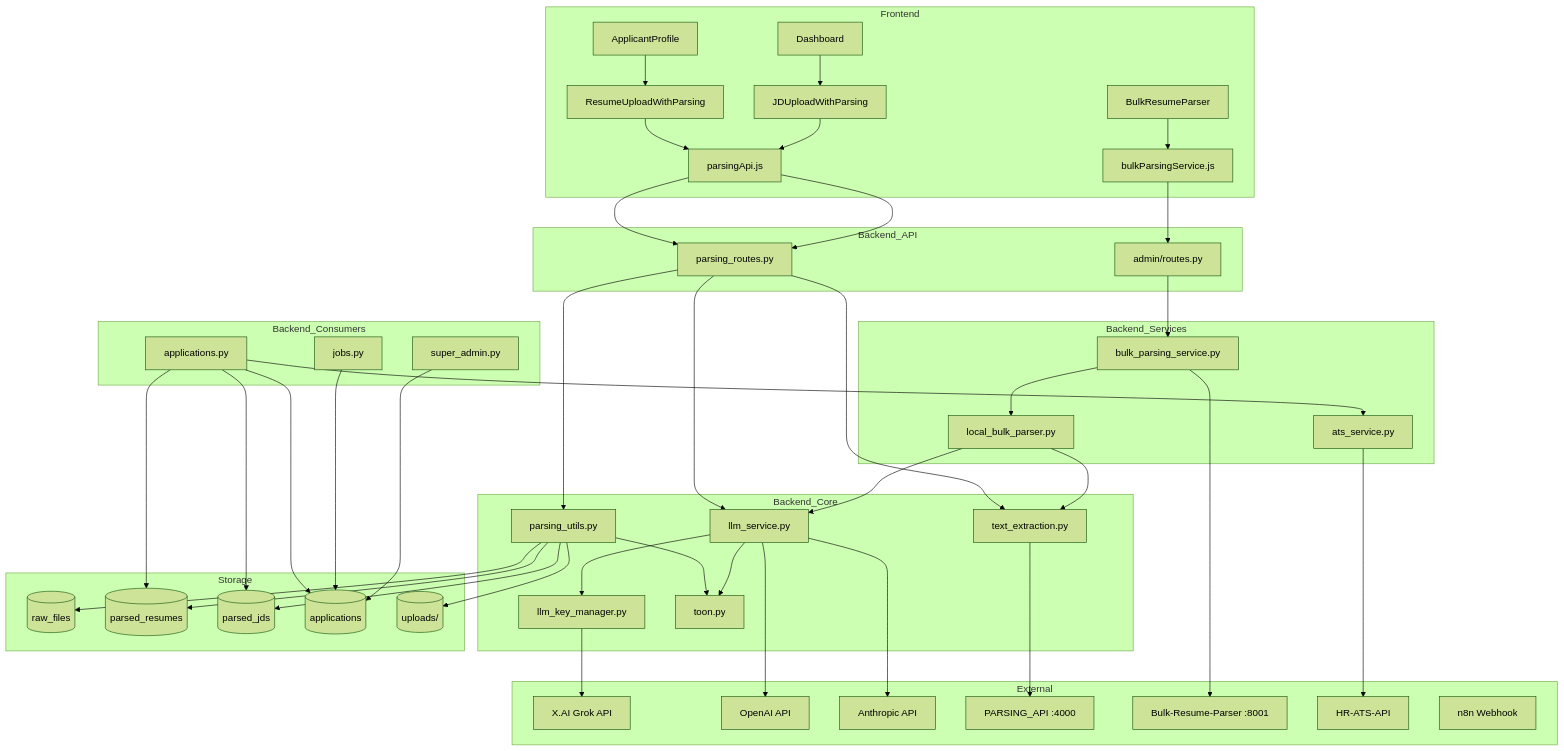
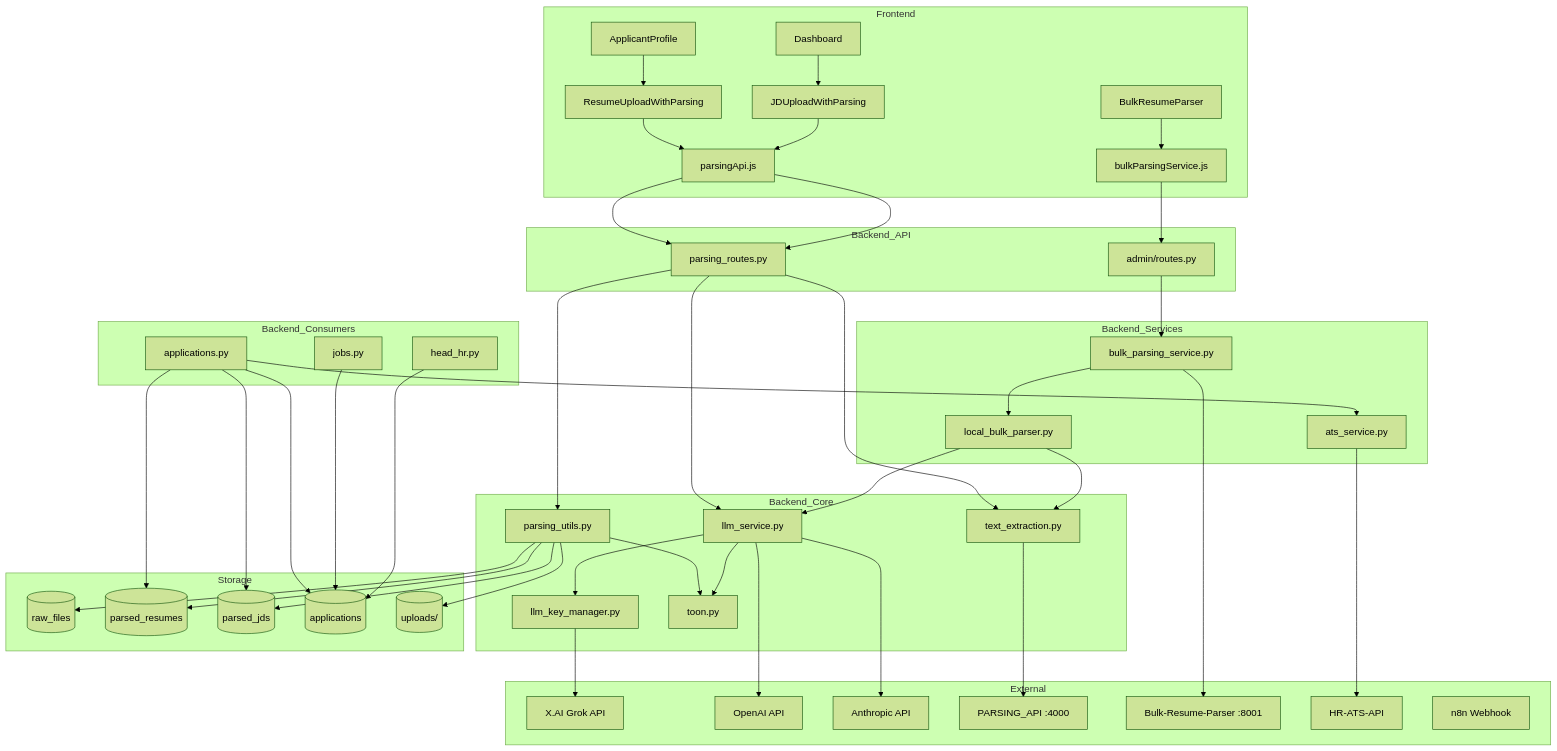
The diagram in ai/docs/current_system/CURRENT_DEPENDENCIES.md (TechBerryAI/HR-Intelligence-Platform), drawn with Mermaid (forest theme) before and after one commit. The commit also changed other lines of this file and 89 other files, not shown here.

```diff
--- a/ai/docs/current_system/CURRENT_DEPENDENCIES.md
+++ b/ai/docs/current_system/CURRENT_DEPENDENCIES.md
@@ -41,7 +41,7 @@
     subgraph Backend_Consumers
         APP[applications.py]
         JOBS[jobs.py]
-        SA[super_admin.py]
+        SA[head_hr.py]
     end
 
     subgraph External
```
